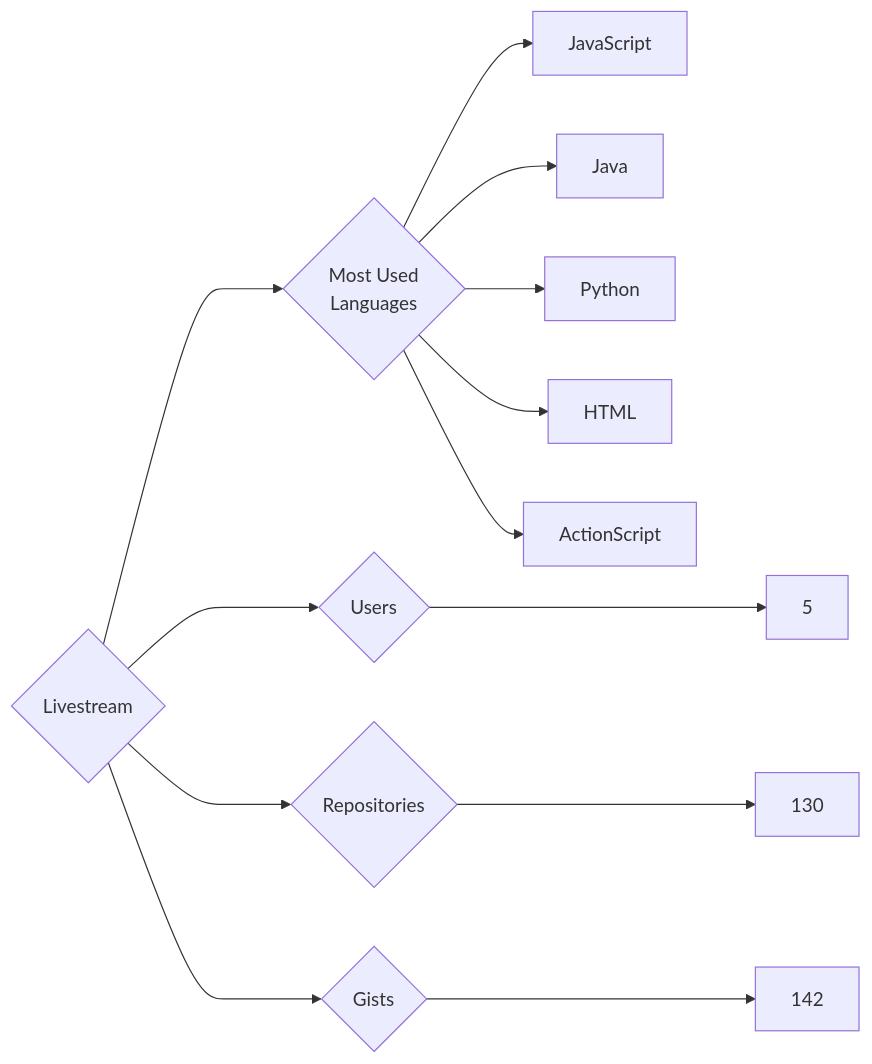
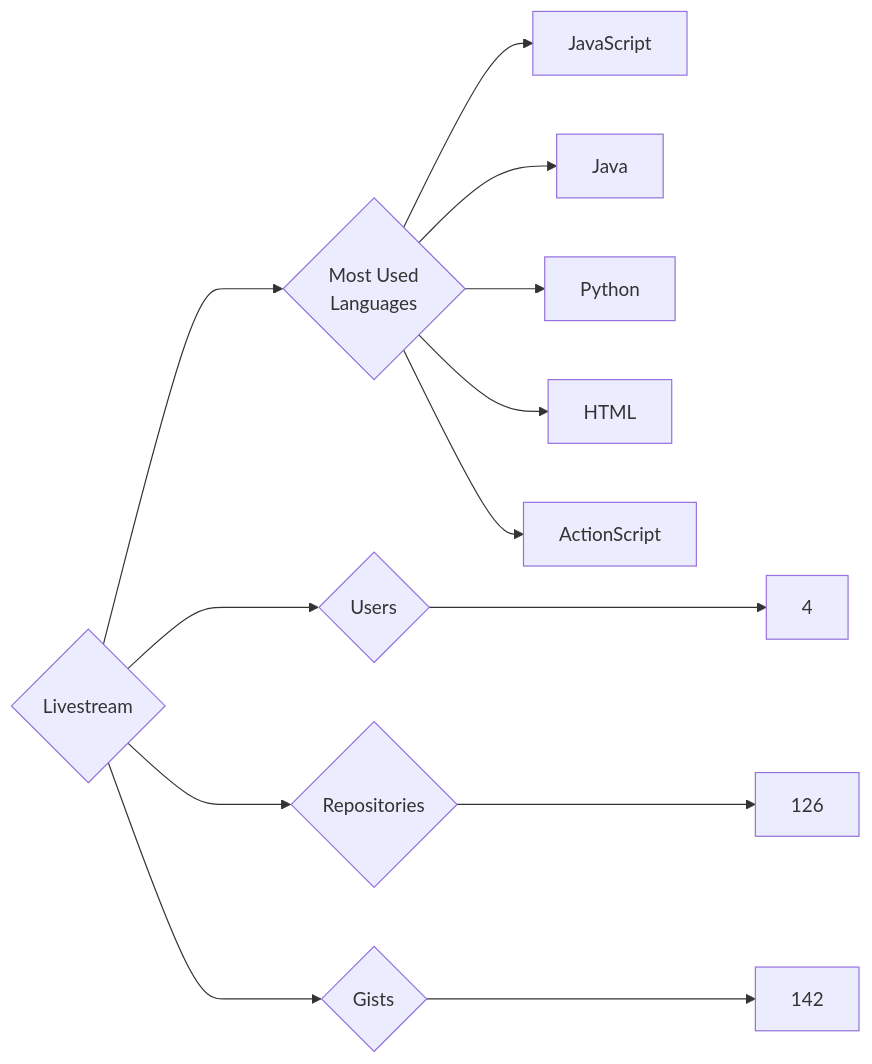
One commit to trickest/insiders changed the diagram in targets/Livestream/README.md. Above: the diagram before and after it, drawn with Mermaid. The commit also changed 953 other files, not shown here.

````diff
--- a/targets/Livestream/README.md
+++ b/targets/Livestream/README.md
@@ -3,13 +3,13 @@
 ```mermaid
 graph LR
 COMPANY_NAME{Livestream}
-COMPANY_NAME ---> U{Users} ---> UN[5]
-COMPANY_NAME ---> R{Repositories} ---> RN[130]
+COMPANY_NAME ---> U{Users} ---> UN[4]
+COMPANY_NAME ---> R{Repositories} ---> RN[126]
 COMPANY_NAME ---> G{Gists} ---> GN[142]
 COMPANY_NAME ---> ML{Most Used<br>Languages}
 ML --> JavaScript[JavaScript]
 ML --> Java[Java]
 ML --> Python[Python]
 ML --> HTML[HTML]
 ML --> ActionScript[ActionScript]
 ```
````
